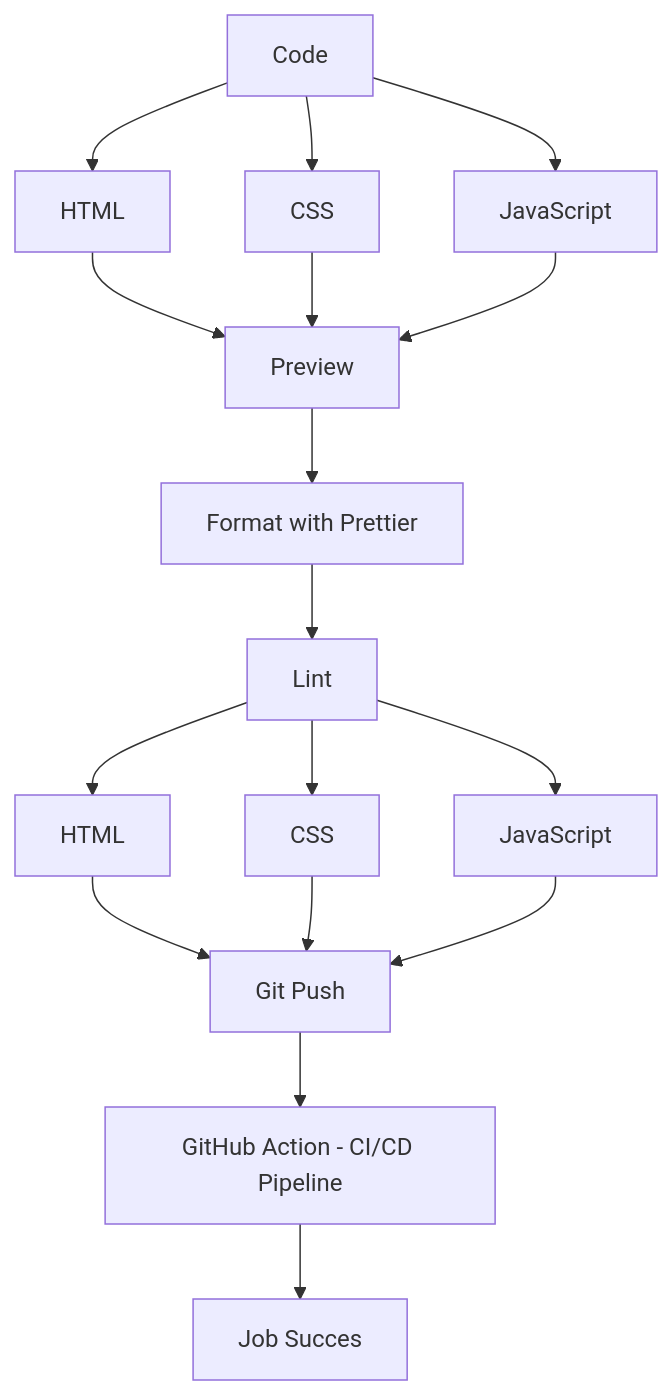
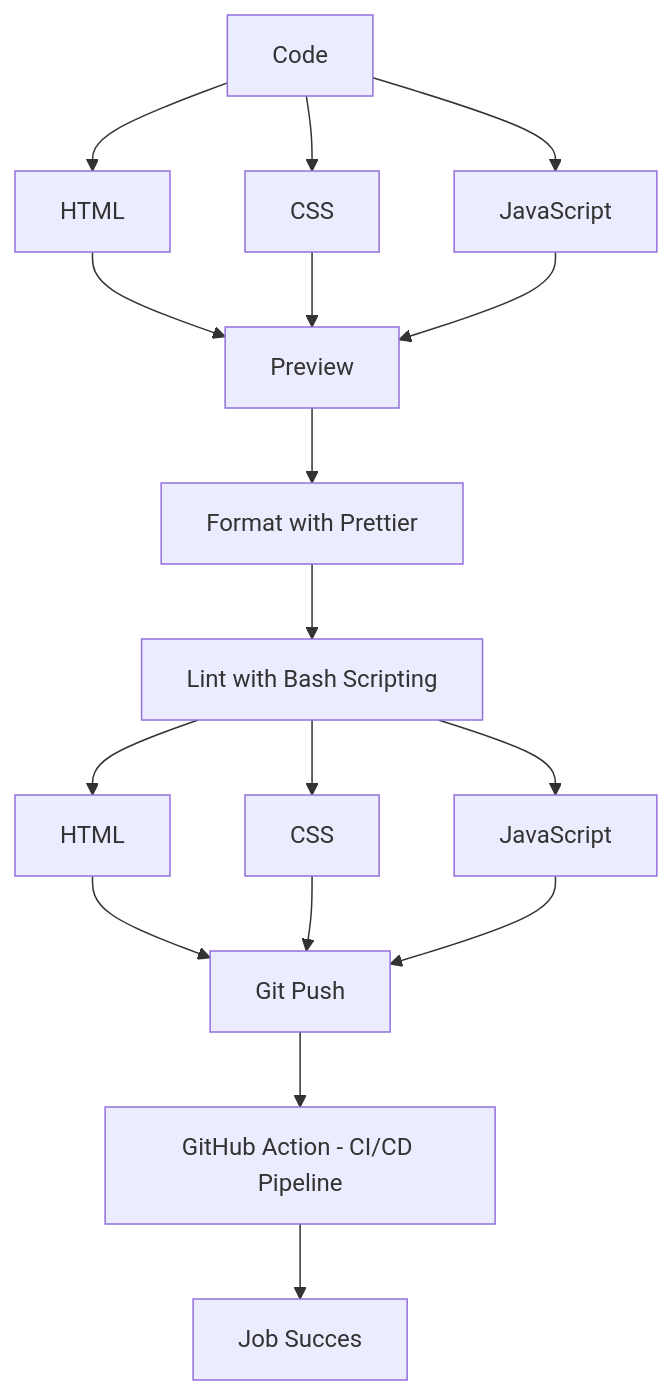
The diagram in mermaid.md (nabiil-s/nabiil-s.github.io), drawn with Mermaid before and after one commit.

Commit message:
Update: Refined Mermaid flowchart label for clarity

````diff
--- a/mermaid.md
+++ b/mermaid.md
@@ -3,21 +3,21 @@
 ```mermaid
 flowchart TB
     %% Code update flow
     A[Code] --> B[HTML]
     A[Code] --> C[CSS]
     A[Code] --> D[JavaScript]
     B --> E[Preview]
     C --> E[Preview]
     D --> E[Preview]
     E --> F[Format with Prettier]
-    F --> G[Lint]
+    F --> G[Lint with Bash Scripting]
     G --> H[HTML]
     G --> I[CSS]
     G --> J[JavaScript]
     H --> K[Git Push]  
     I --> K[Git Push]
     J --> K[Git Push]
     K --> L[GitHub Action - CI/CD Pipeline]
     L --> M[Job Succes]
 
 ```
````
